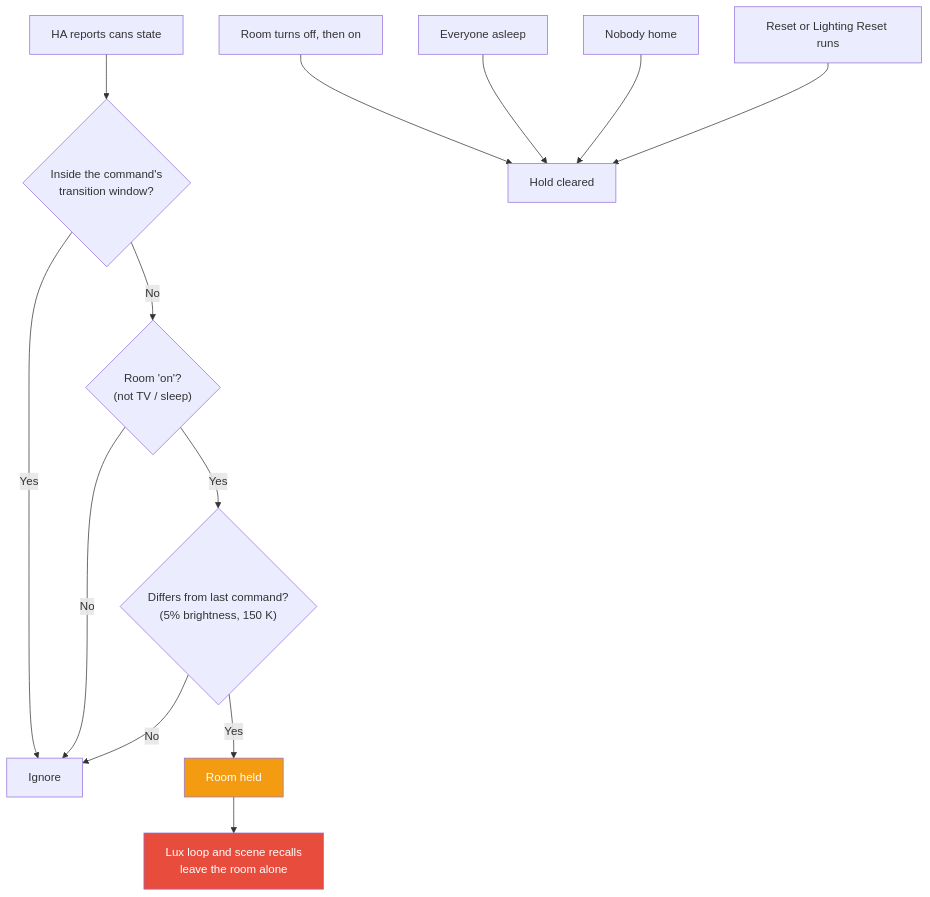
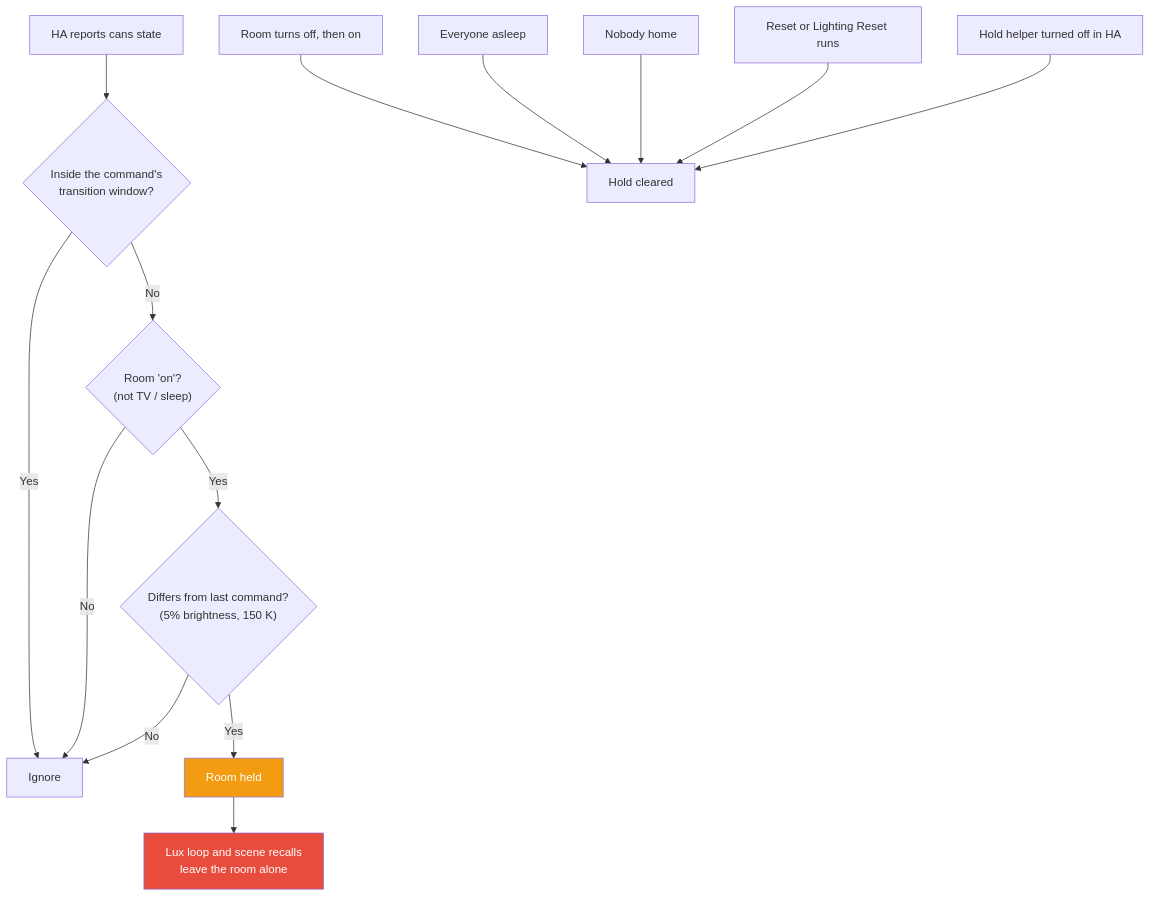
Before and after one commit to NickBorgers/home-automation: the fifth of 7 diagrams in docs/flows/LIGHTING_CONTROL.md, drawn with Mermaid. The commit also changed other lines of this file and 6 other files, not shown here.

````diff
--- a/docs/flows/LIGHTING_CONTROL.md
+++ b/docs/flows/LIGHTING_CONTROL.md
@@ -184,20 +186,21 @@
 ```mermaid
 flowchart TD
     report["HA reports cans state"] --> window{"Inside the command's<br/>transition window?"}
     window -->|Yes| ignore["Ignore"]
     window -->|No| owned{"Room 'on'?<br/>(not TV / sleep)"}
     owned -->|No| ignore
     owned -->|Yes| compare{"Differs from last command?<br/>(5% brightness, 150 K)"}
     compare -->|No| ignore
     compare -->|Yes| held["Room held"]
 
     held --> keep["Lux loop and scene recalls<br/>leave the room alone"]
 
     cycle["Room turns off, then on"] --> clear["Hold cleared"]
     asleep["Everyone asleep"] --> clear
     away["Nobody home"] --> clear
     reset["Reset or Lighting Reset runs"] --> clear
+    helper["Hold helper turned off in HA"] --> clear
 
     style held fill:#f39c12,color:#fff
     style keep fill:#e74c3c,color:#fff
 ```
````
